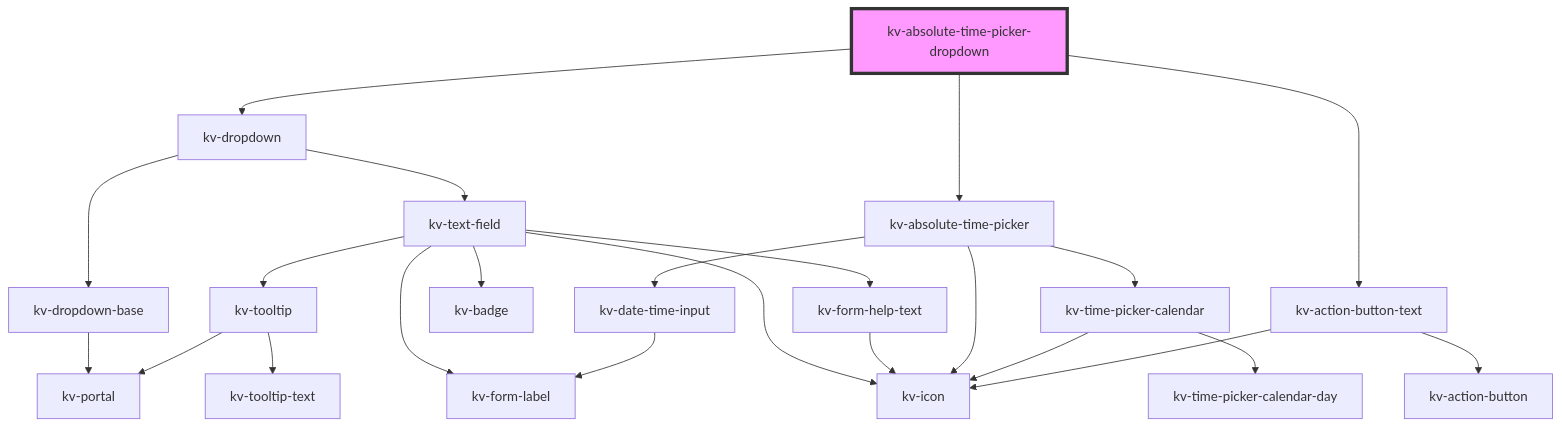
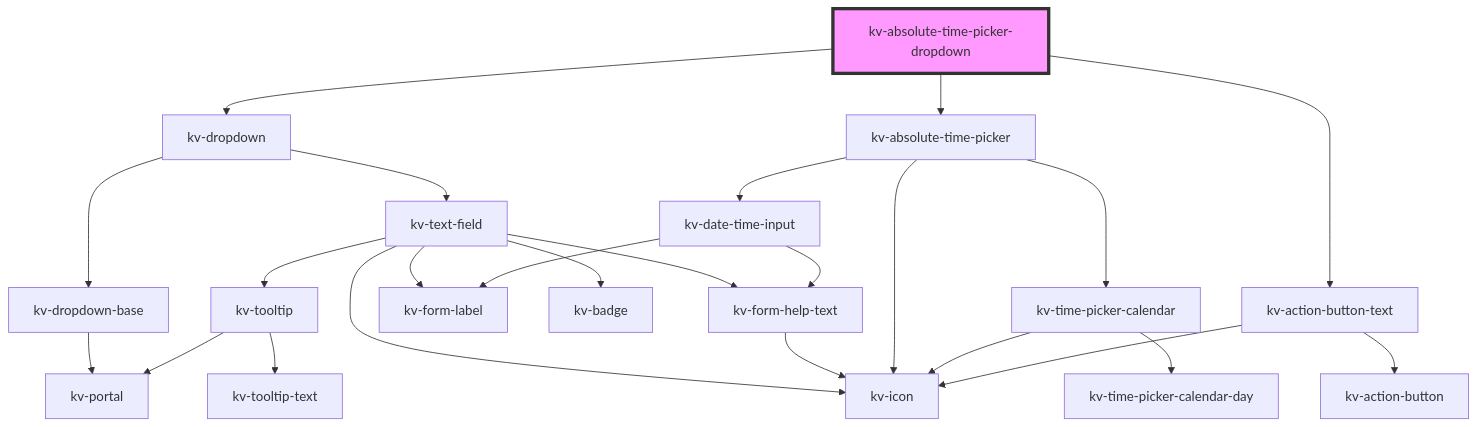
Before and after one commit to kelvininc/ui-components: the diagram in packages/ui-components/src/components/absolute-time-picker-dropdown/readme.md, drawn with Mermaid. The commit also changed 19 other files, not shown here.

Commit message:
feat(absolute-time-picker): remove date input limits inplace validation

````diff
--- a/packages/ui-components/src/components/absolute-time-picker-dropdown/readme.md
+++ b/packages/ui-components/src/components/absolute-time-picker-dropdown/readme.md
@@ -96,26 +96,27 @@
 ```mermaid
 graph TD;
   kv-absolute-time-picker-dropdown --> kv-dropdown
   kv-absolute-time-picker-dropdown --> kv-absolute-time-picker
   kv-absolute-time-picker-dropdown --> kv-action-button-text
   kv-dropdown --> kv-dropdown-base
   kv-dropdown --> kv-text-field
   kv-dropdown-base --> kv-portal
   kv-text-field --> kv-tooltip
   kv-text-field --> kv-form-label
   kv-text-field --> kv-icon
   kv-text-field --> kv-badge
   kv-text-field --> kv-form-help-text
   kv-tooltip --> kv-portal
   kv-tooltip --> kv-tooltip-text
   kv-form-help-text --> kv-icon
   kv-absolute-time-picker --> kv-icon
   kv-absolute-time-picker --> kv-date-time-input
   kv-absolute-time-picker --> kv-time-picker-calendar
   kv-date-time-input --> kv-form-label
+  kv-date-time-input --> kv-form-help-text
   kv-time-picker-calendar --> kv-icon
   kv-time-picker-calendar --> kv-time-picker-calendar-day
   kv-action-button-text --> kv-action-button
   kv-action-button-text --> kv-icon
   style kv-absolute-time-picker-dropdown fill:#f9f,stroke:#333,stroke-width:4px
 ```
````
